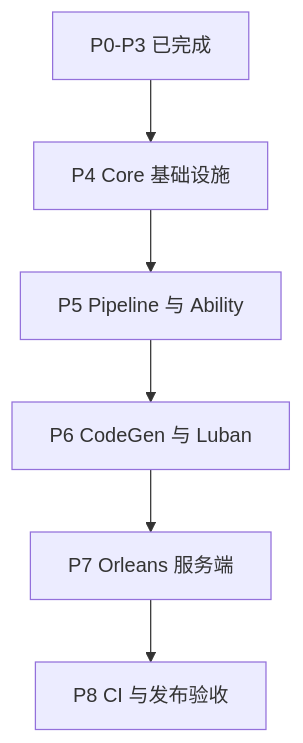
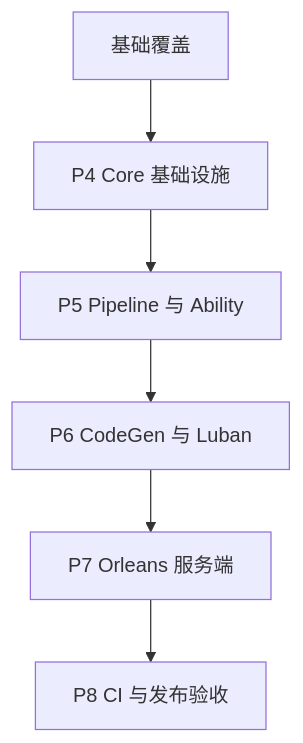
The fourth of 7 diagrams in Docs/design/11-DocumentationCompletionPlan.md (Kurumioi/AbilityKit), drawn with Mermaid before and after one commit. The commit also changed other lines of this file and 112 other files, not shown here.

````diff
--- a/Docs/design/11-DocumentationCompletionPlan.md
+++ b/Docs/design/11-DocumentationCompletionPlan.md
@@ -254,8 +254,8 @@
 ```mermaid
 flowchart TD
-    Done[P0-P3 已完成] --> Core[P4 Core 基础设施]
+    Coverage[基础覆盖] --> Core[P4 Core 基础设施]
     Core --> Ability[P5 Pipeline 与 Ability]
     Ability --> Data[P6 CodeGen 与 Luban]
     Data --> Server[P7 Orleans 服务端]
     Server --> Release[P8 CI 与发布验收]
 ```
````
